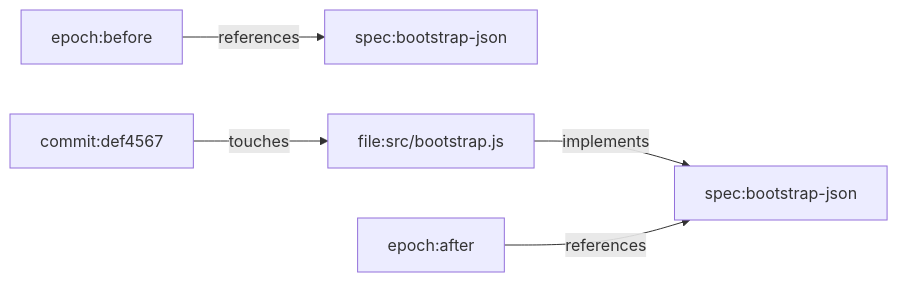
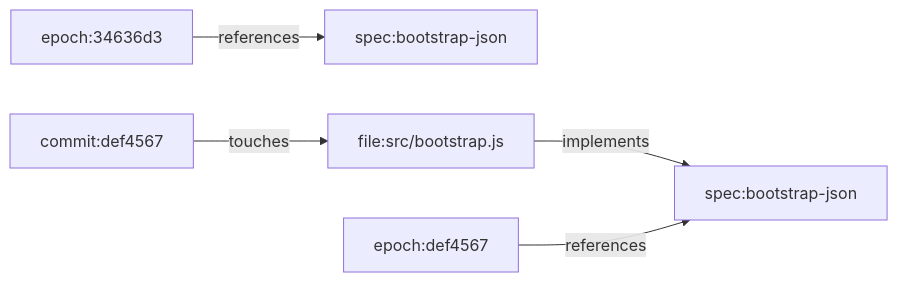
One commit to flyingrobots/git-mind changed the diagram in docs/design/feature-profiles/time-travel-diff.md. Above: the diagram before and after it, drawn with Mermaid. The commit also changed 3 other files, not shown here.

Commit message:
docs: tighten graph system id examples (#322)

````diff
--- a/docs/design/feature-profiles/time-travel-diff.md
+++ b/docs/design/feature-profiles/time-travel-diff.md
@@ -61,7 +61,7 @@
 ```mermaid
 flowchart LR
-    Before["epoch:before"] -->|references| OldSpec["spec:bootstrap-json"]
+    Before["epoch:34636d3"] -->|references| OldSpec["spec:bootstrap-json"]
     Change["commit:def4567"] -->|touches| File["file:src/bootstrap.js"]
     File -->|implements| NewSpec["spec:bootstrap-json"]
-    After["epoch:after"] -->|references| NewSpec
+    After["epoch:def4567"] -->|references| NewSpec
 ```
````
